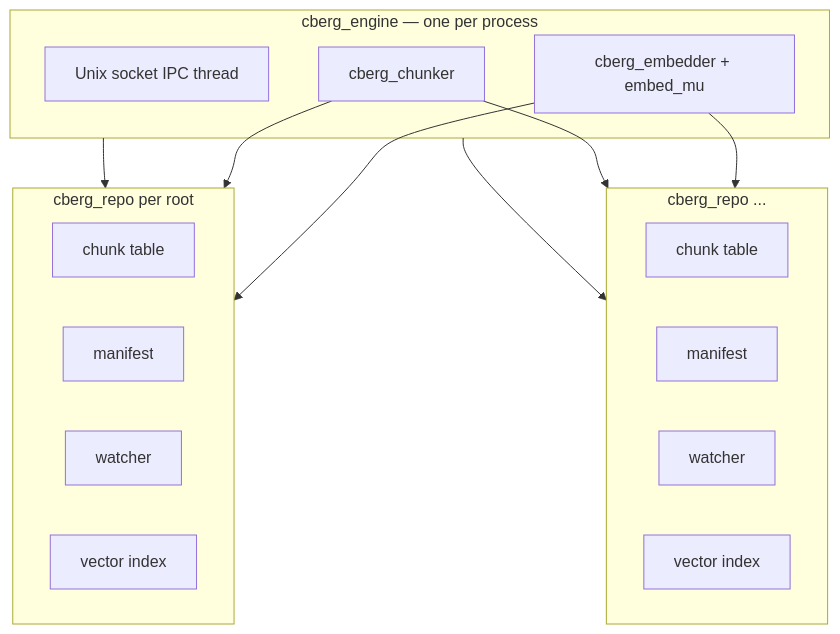
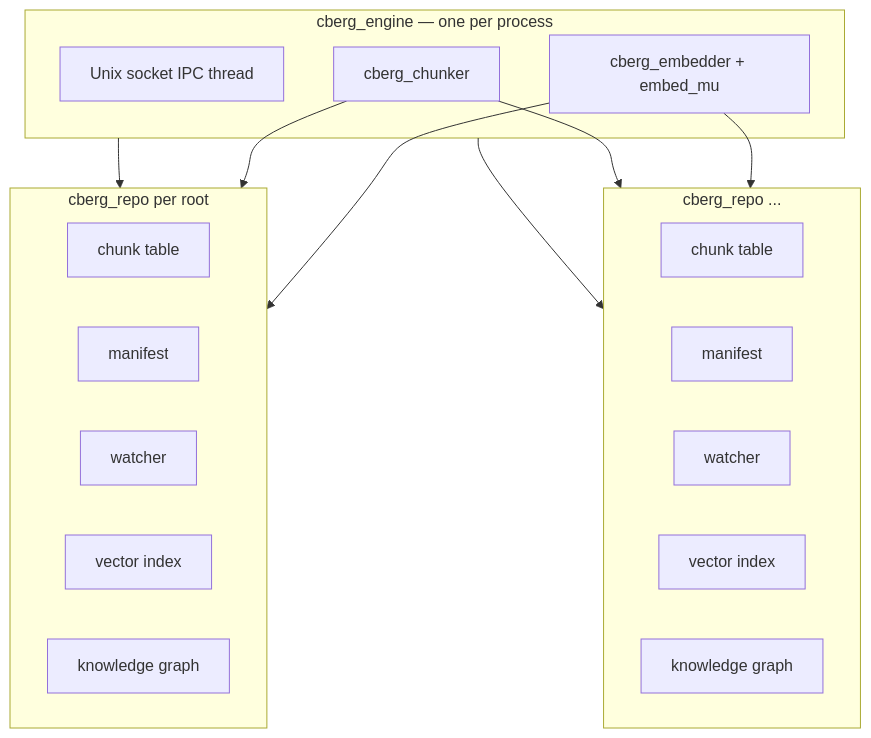
Before and after one commit to Midwayne/codeberg: the diagram in core/docs/CBERG_INDEX.md, drawn with Mermaid. The commit also changed other lines of this file and 64 other files, not shown here.

First line of the commit message:
feat: dual-index knowledge graph (Phase 1–2) (#20)

````diff
--- a/core/docs/CBERG_INDEX.md
+++ b/core/docs/CBERG_INDEX.md
@@ -43,29 +46,31 @@
 ```mermaid
 flowchart TB
   subgraph engine [cberg_engine — one per process]
     CH[cberg_chunker]
     EM[cberg_embedder + embed_mu]
     IPC[Unix socket IPC thread]
   end
 
   subgraph repo1 [cberg_repo per root]
     T1[chunk table]
     M1[manifest]
     W1[watcher]
     I1[vector index]
+    G1[knowledge graph]
   end
 
   subgraph repo2 [cberg_repo ...]
     T2[chunk table]
     M2[manifest]
     W2[watcher]
     I2[vector index]
+    G2[knowledge graph]
   end
 
   engine --> repo1
   engine --> repo2
   CH --> repo1
   CH --> repo2
   EM --> repo1
   EM --> repo2
 ```
````
